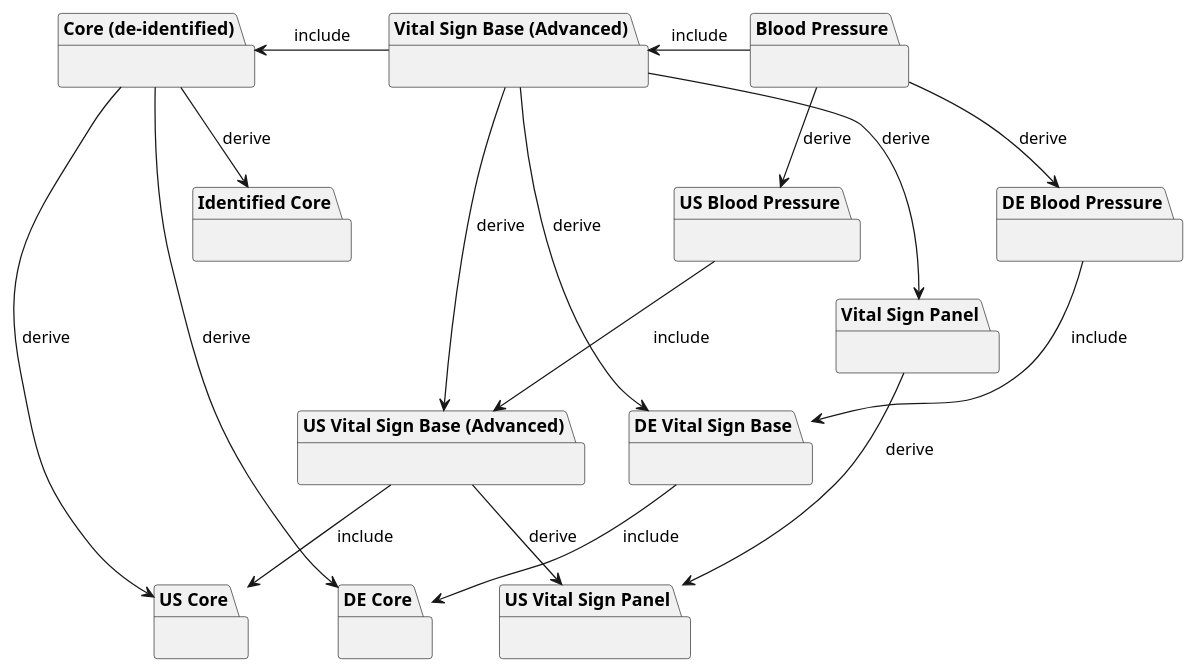
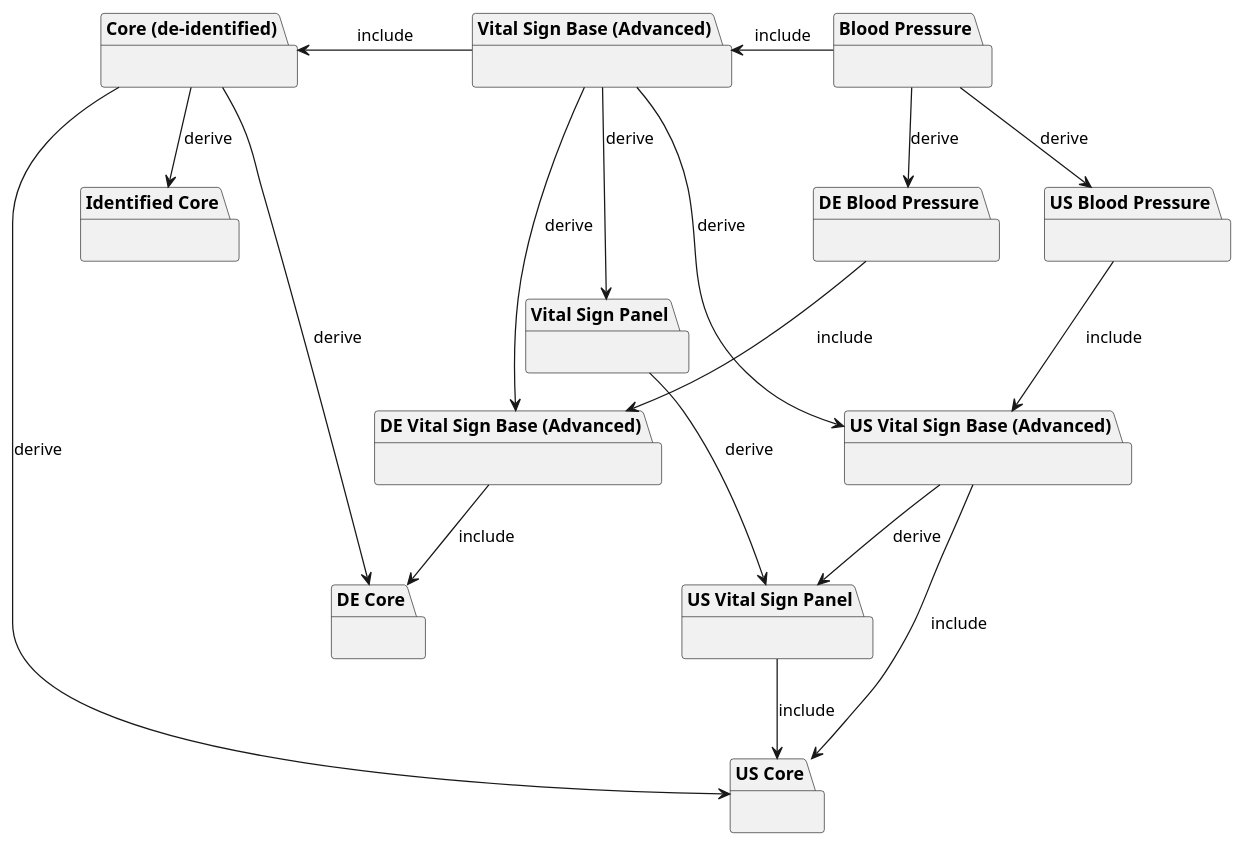
Before and after one commit to frankoemig/vital-signs-demo: the diagram in input/images-source/profile_hierarchy.plantuml, drawn with PlantUML. The commit also changed 3 other files, not shown here.

```diff
--- a/input/images-source/profile_hierarchy.plantuml
+++ b/input/images-source/profile_hierarchy.plantuml
@@ -1,67 +1,70 @@
 @startuml
 
 package "Core (de-identified)" as pkg0 {
 }
 
 package "Identified Core" as pkg0a {
 
 }
 
 pkg0 --> pkg0a : derive
 
 package "US Core" as pkg0us {
 }
 
 package "DE Core" as pkg0de {
 }
 
 package "Vital Sign Base (Advanced)" as pkg1 {
 }
 
 package "Vital Sign Panel" as pkg1a {
 
 }
 
 pkg1 --> pkg1a : derive
 
 package "Blood Pressure" as pkg2 {
 }
 
 package "US Vital Sign Base (Advanced)" as pkg1us {
 }
 
 package "US Vital Sign Panel" as pkg1usA {
 
 }
 
 pkg1us --> pkg1usA : derive
 pkg1a --> pkg1usA : derive
 
 package "US Blood Pressure" as pkg2us {
 }
 
-package "DE Vital Sign Base" as pkg1de {
+package "DE Vital Sign Base (Advanced)" as pkg1de {
 }
 
 package "DE Blood Pressure" as pkg2de {
 }
 
 pkg0 --> pkg0us : derive
 pkg0 --> pkg0de : derive
 
 pkg1 --> pkg1us : derive
 pkg1 --> pkg1de : derive
 
 pkg2 --> pkg2us : derive
 pkg2 --> pkg2de : derive
 
 pkg1 -left-> pkg0 : include
 pkg2 -left-> pkg1 : include
 
 pkg1us --> pkg0us : include
 pkg1de --> pkg0de : include
 
 pkg2us --> pkg1us : include
 pkg2de --> pkg1de : include
 
+pkg1usA --> pkg0us : include
+
+
 @enduml
```
